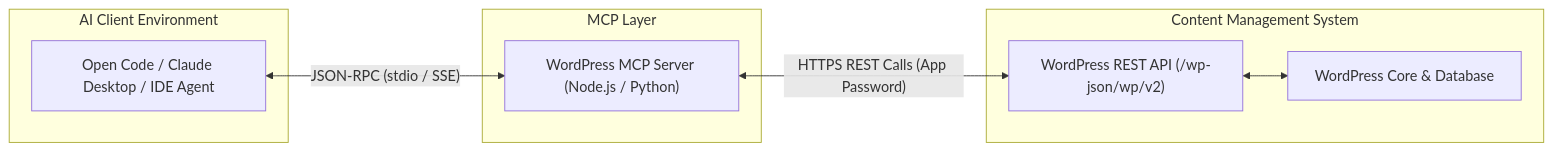
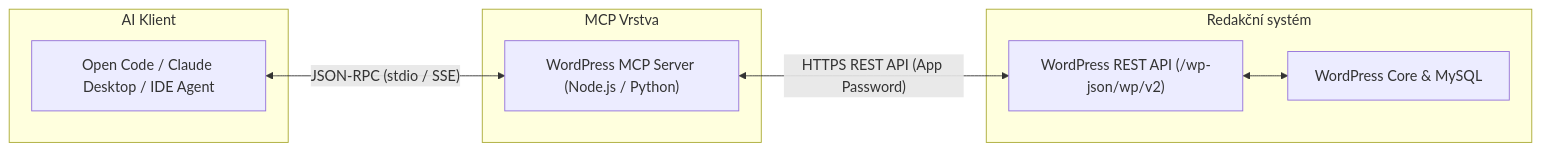
One commit to kersonik/IT1 changed the diagram in PVY/rocnikovy-projekt/README.md. Above: the diagram before and after it, drawn with Mermaid. The commit also changed other lines of this file and 3 other files, not shown here.

````diff
--- a/PVY/rocnikovy-projekt/README.md
+++ b/PVY/rocnikovy-projekt/README.md
@@ -26,19 +9,19 @@
 ```mermaid
 flowchart LR
-    subgraph AI["AI Client Environment"]
+    subgraph AI["AI Klient"]
         Agent["Open Code / Claude Desktop / IDE Agent"]
     end
 
-    subgraph Middleware["MCP Layer"]
+    subgraph Middleware["MCP Vrstva"]
         MCPServer["WordPress MCP Server (Node.js / Python)"]
     end
 
-    subgraph CMS["Content Management System"]
+    subgraph CMS["Redakční systém"]
         WPRest["WordPress REST API (/wp-json/wp/v2)"]
-        WPCore["WordPress Core & Database"]
+        WPCore["WordPress Core & MySQL"]
     end
 
     Agent <-->|"JSON-RPC (stdio / SSE)"| MCPServer
-    MCPServer <-->|"HTTPS REST Calls (App Password)"| WPRest
+    MCPServer <-->|"HTTPS REST API (App Password)"| WPRest
     WPRest <--> WPCore
 ```
````
